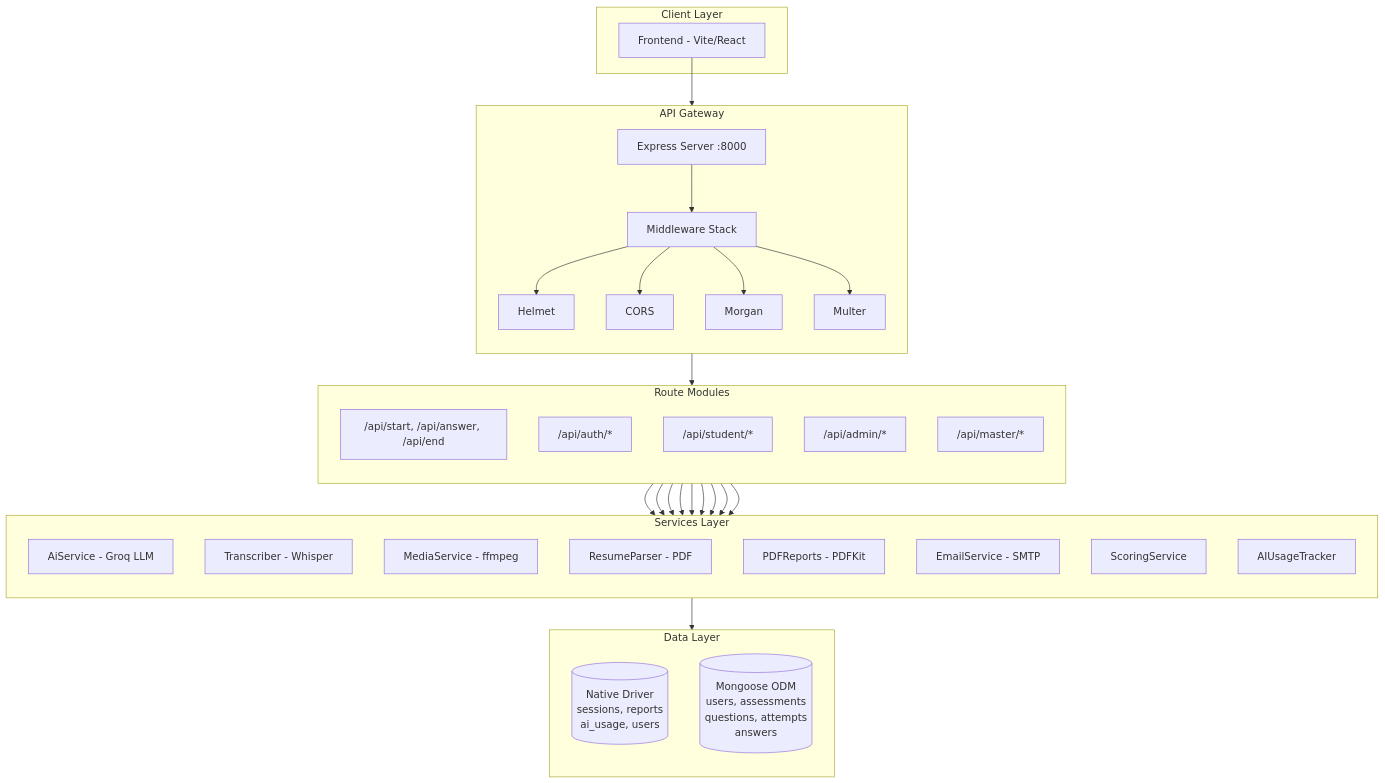
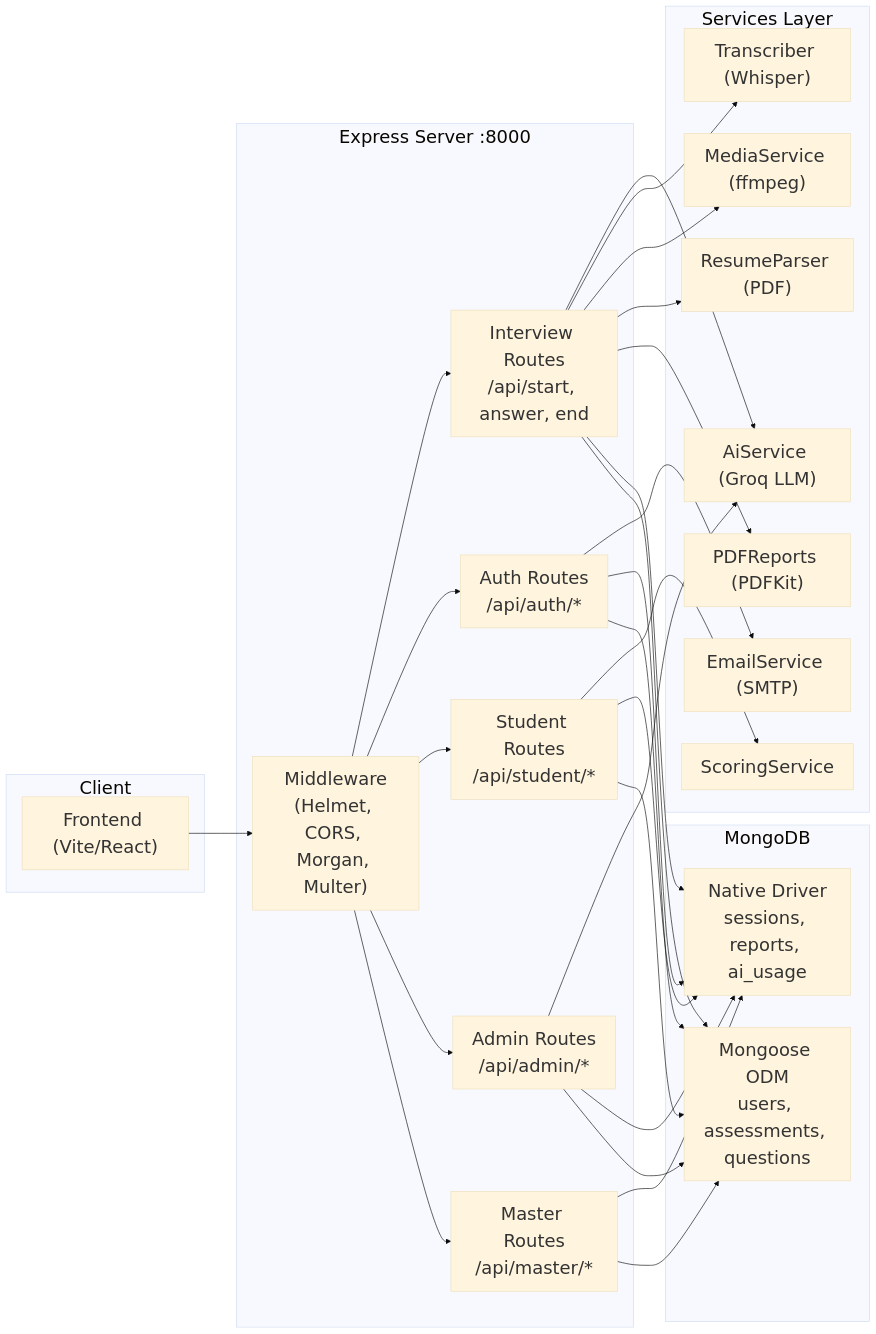
One commit to edvolve07/Edvolve_backend changed the first of 5 diagrams in README.md. Above: the diagram before and after it, drawn with Mermaid. The commit also changed other lines of this file and 8 other files, not shown here.

````diff
--- a/README.md
+++ b/README.md
@@ -22,57 +22,39 @@
 ```mermaid
-graph TB
-    subgraph Client["Client Layer"]
-        F[Frontend - Vite/React]
+%%{init: {'theme': 'base', 'themeVariables': {'fontSize': '28px'}}}%%
+graph LR
+    subgraph Client["Client"]
+        F["Frontend (Vite/React)"]
     end
 
-    subgraph Gateway["API Gateway"]
-        direction TB
-        EX[Express Server :8000]
-        MW[Middleware Stack]
-        MW --> Helmet
-        MW --> CORS
-        MW --> Morgan
-        MW --> Multer
-    end
-
-    subgraph Routes["Route Modules"]
-        direction TB
-        INT["/api/start, /api/answer, /api/end"]
-        AUTH["/api/auth/*"]
-        STU["/api/student/*"]
-        ADM["/api/admin/*"]
-        MAS["/api/master/*"]
+    subgraph Server["Express Server :8000"]
+        MW["Middleware<br/>(Helmet, CORS, Morgan, Multer)"]
+        R1["Interview Routes<br/>/api/start, answer, end"]
+        R2["Auth Routes<br/>/api/auth/*"]
+        R3["Student Routes<br/>/api/student/*"]
+        R4["Admin Routes<br/>/api/admin/*"]
+        R5["Master Routes<br/>/api/master/*"]
     end
 
     subgraph Services["Services Layer"]
-        direction TB
-        AI[AiService - Groq LLM]
-        STT[Transcriber - Whisper]
-        MED[MediaService - ffmpeg]
-        RES[ResumeParser - PDF]
-        PDF[PDFReports - PDFKit]
-        EMAIL[EmailService - SMTP]
-        SCORE[ScoringService]
-        AIU[AIUsageTracker]
+        AI["AiService (Groq LLM)"]
+        STT["Transcriber (Whisper)"]
+        MED["MediaService (ffmpeg)"]
+        RES["ResumeParser (PDF)"]
+        PDF["PDFReports (PDFKit)"]
+        EMAIL["EmailService (SMTP)"]
+        SCORE["ScoringService"]
     end
 
-    subgraph DB["Data Layer"]
-        direction TB
-        MONGO_NATIVE[(Native Driver<br/>sessions, reports<br/>ai_usage, users)]
-        MONGO_MG[(Mongoose ODM<br/>users, assessments<br/>questions, attempts<br/>answers)]
+    subgraph DB["MongoDB"]
+        N["Native Driver<br/>sessions, reports, ai_usage"]
+        M["Mongoose ODM<br/>users, assessments, questions"]
     end
 
-    F --> EX
-    EX --> MW
-    MW --> Routes
-    Routes --> Services
-    Services --> DB
-    INT --> AI
-    INT --> STT
-    INT --> MED
-    INT --> RES
-    INT --> PDF
-    AUTH --> EMAIL
-    STU --> SCORE
-    ADM --> AI
+    F --> MW
+    MW --> R1 & R2 & R3 & R4 & R5
+    R1 --> AI & STT & MED & RES & PDF
+    R2 --> EMAIL
+    R3 --> SCORE
+    R4 --> AI
+    R1 & R2 & R3 & R4 & R5 --> N & M
 ```
````
